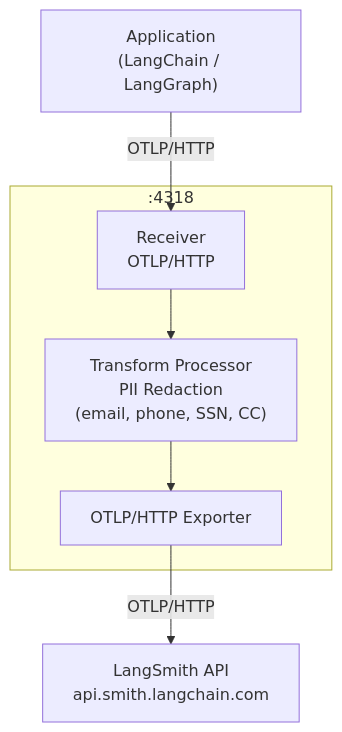
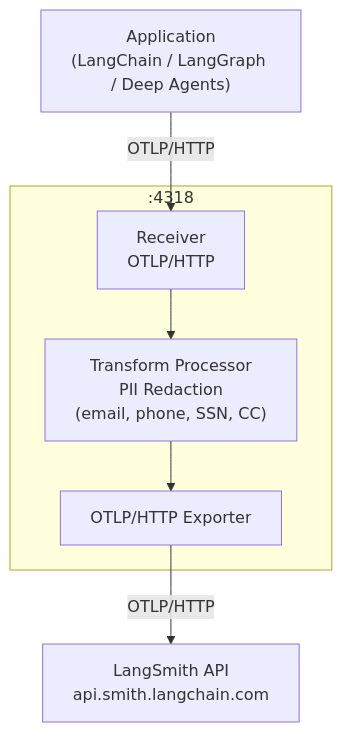
The diagram in agent-frameworks/langchain/pages/langsmith/otel-gateway-trace-redaction.md (Eyre921/ofiicial-developer-docs), drawn with Mermaid before and after one commit. The commit also changed other lines of this file and 844 other files, not shown here.

````diff
--- a/agent-frameworks/langchain/pages/langsmith/otel-gateway-trace-redaction.md
+++ b/agent-frameworks/langchain/pages/langsmith/otel-gateway-trace-redaction.md
@@ -13,16 +13,16 @@
 ```mermaid theme={"theme":{"light":"catppuccin-latte","dark":"catppuccin-mocha"}}
 flowchart TD
-    A["Application<br/>(LangChain / LangGraph)"]
+    A["Application<br/>(LangChain / LangGraph / Deep Agents)"]
 
     subgraph collector[":4318"]
         B["Receiver<br/>OTLP/HTTP"]
         C["Transform Processor<br/>PII Redaction<br/>(email, phone, SSN, CC)"]
         D["OTLP/HTTP Exporter"]
         B --> C --> D
     end
 
     E["LangSmith API<br/>api.smith.langchain.com"]
 
     A -->|"OTLP/HTTP"| B
     D -->|"OTLP/HTTP"| E
 ```
````
